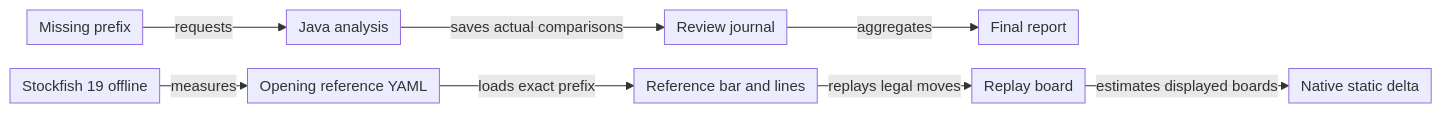
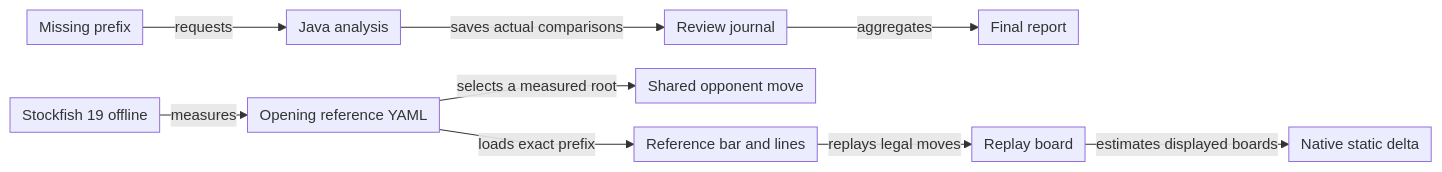
The diagram in docs/board/analysis-sources.md (crististefanita/chess), drawn with Mermaid before and after one commit. The commit also changed other lines of this file and 20 other files, not shown here.

````diff
--- a/docs/board/analysis-sources.md
+++ b/docs/board/analysis-sources.md
@@ -23,11 +24,12 @@
 ```mermaid
 %%{init: {"themeVariables":{"fontSize":"15px"},"themeCSS":".edgeLabel, .edgeLabel p { font-size: 12px !important; } .node rect { rx: 6px; ry: 6px; }","flowchart":{"curve":"linear","nodeSpacing":24,"rankSpacing":22,"padding":6},"sequence":{"mirrorActors":false,"messageMargin":24,"wrap":true}}}%%
 flowchart LR
     SF["Stockfish 19 offline"] -->|measures| YAML["Opening reference YAML"]
     YAML -->|loads exact prefix| Ref["Reference bar and lines"]
+    YAML -->|selects a measured root| Opponent["Shared opponent move"]
     Missing["Missing prefix"] -->|requests| Native["Java analysis"]
     Native -->|saves actual comparisons| Journal["Review journal"]
     Journal -->|aggregates| Final["Final report"]
     Ref -->|replays legal moves| Preview["Replay board"]
     Preview -->|estimates displayed boards| Static["Native static delta"]
 ```
````
